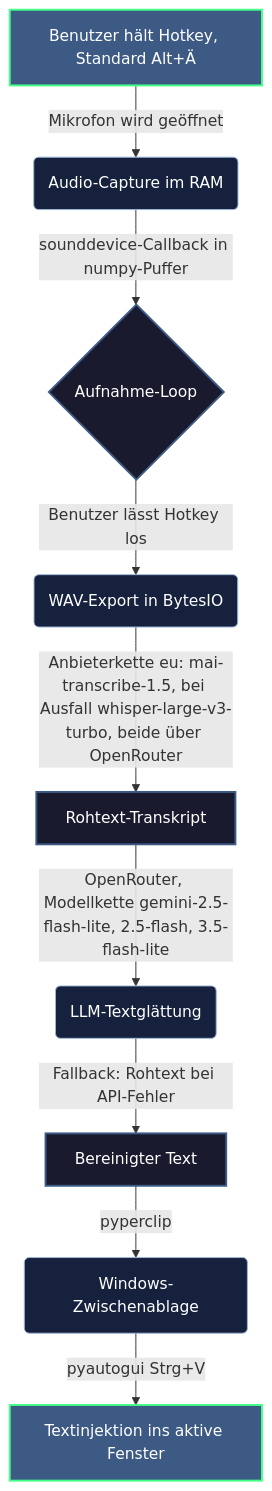
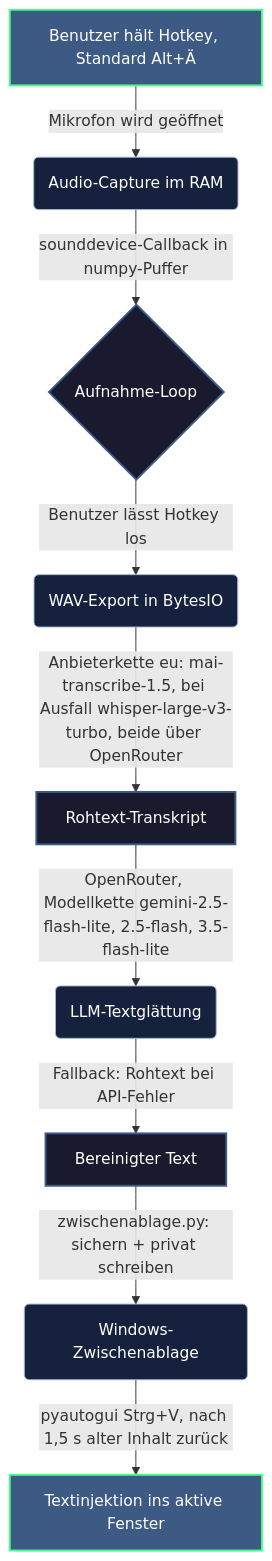
Before and after one commit to HeartledAgentEngineer/it-ot-agentic-engineering: the diagram in 02_Softwareentwicklung_IT/typeFREE/README.md, drawn with Mermaid. The commit also changed other lines of this file and 10 other files, not shown here.

````diff
--- a/02_Softwareentwicklung_IT/typeFREE/README.md
+++ b/02_Softwareentwicklung_IT/typeFREE/README.md
@@ -64,19 +65,19 @@
 ```mermaid
 graph TD
     %% Styling
     classDef default fill:#1a1a2e,stroke:#3d5a85,stroke-width:2px,color:#ffffff;
     classDef process fill:#16213e,stroke:#9db8d9,stroke-width:1px,color:#ffffff;
     classDef highlight fill:#3d5a85,stroke:#44ff88,stroke-width:2px,color:#ffffff;
 
     A[Benutzer hält Hotkey, Standard Alt+Ä] -->|Mikrofon wird geöffnet| B(Audio-Capture im RAM)
     B -->|sounddevice-Callback in numpy-Puffer| C{Aufnahme-Loop}
     C -->|Benutzer lässt Hotkey los| D(WAV-Export in BytesIO)
     D -->|Anbieterkette eu: mai-transcribe-1.5, bei Ausfall whisper-large-v3-turbo, beide über OpenRouter| E[Rohtext-Transkript]
     E -->|OpenRouter, Modellkette gemini-2.5-flash-lite, 2.5-flash, 3.5-flash-lite| F(LLM-Textglättung)
     F -->|Fallback: Rohtext bei API-Fehler| G[Bereinigter Text]
-    G -->|pyperclip| H(Windows-Zwischenablage)
-    H -->|pyautogui Strg+V| I[Textinjektion ins aktive Fenster]
+    G -->|zwischenablage.py: sichern + privat schreiben| H(Windows-Zwischenablage)
+    H -->|pyautogui Strg+V, nach 1,5 s alter Inhalt zurück| I[Textinjektion ins aktive Fenster]
 
     class A,I highlight;
     class B,D,F,H process;
 ```
````
